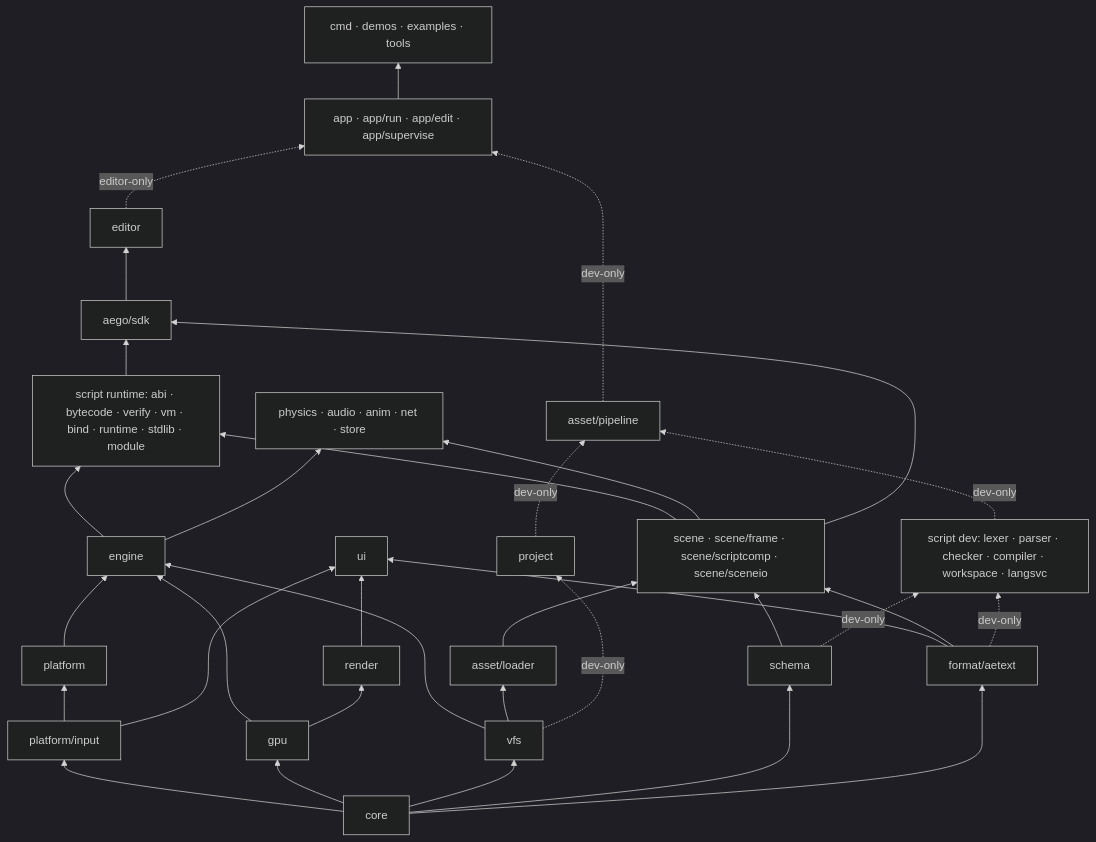
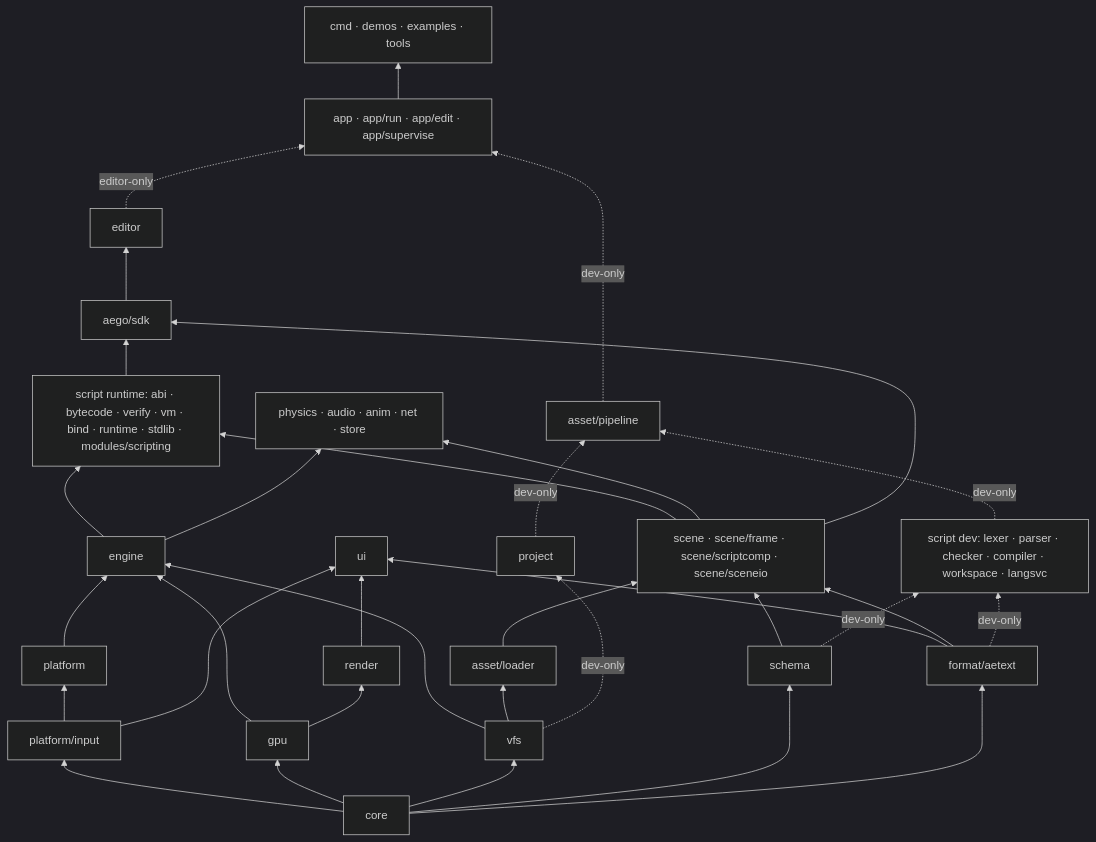
The diagram in ARCHITECTURE.md (Alexander-D-Karpov/aego), drawn with Mermaid (dark theme) before and after one commit. The commit also changed other lines of this file and 844 other files, not shown here.

````diff
--- a/ARCHITECTURE.md
+++ b/ARCHITECTURE.md
@@ -40,53 +40,53 @@
 ```mermaid
 flowchart BT
     core["core"]
     pinput["platform/input"]
     platform["platform"]
     gpu["gpu"]
     vfs["vfs"]
     schema["schema"]
     format["format/aetext"]
     engine["engine"]
     render["render"]
     ui["ui"]
     loader["asset/loader"]
     scene["scene · scene/frame · scene/scriptcomp · scene/sceneio"]
-    scriptrt["script runtime: abi · bytecode · verify · vm · bind · runtime · stdlib · module"]
+    scriptrt["script runtime: abi · bytecode · verify · vm · bind · runtime · stdlib · modules/scripting"]
     gameplay["physics · audio · anim · net · store"]
     sdk["aego/sdk"]
     editor["editor"]
     scriptdev["script dev: lexer · parser · checker · compiler · workspace · langsvc"]
     project["project"]
     pipeline["asset/pipeline"]
     app["app · app/run · app/edit · app/supervise"]
     entry["cmd · demos · examples · tools"]
 
     core --> pinput --> platform --> engine
     core --> gpu --> engine
     core --> vfs --> engine
     core --> schema
     core --> format
     gpu --> render
     pinput --> ui
     render --> ui
     format --> ui
     vfs --> loader
     schema --> scene
     loader --> scene
     format --> scene
     engine --> scriptrt
     scene --> scriptrt
     engine --> gameplay
     scene --> gameplay
     scene --> sdk
     scriptrt --> sdk
     sdk --> editor
     schema -. dev-only .-> scriptdev
     format -. dev-only .-> scriptdev
     vfs -. dev-only .-> project
     project -. dev-only .-> pipeline
     scriptdev -. dev-only .-> pipeline
     pipeline -. dev-only .-> app
     editor -. editor-only .-> app
     app --> entry
 ```
````
